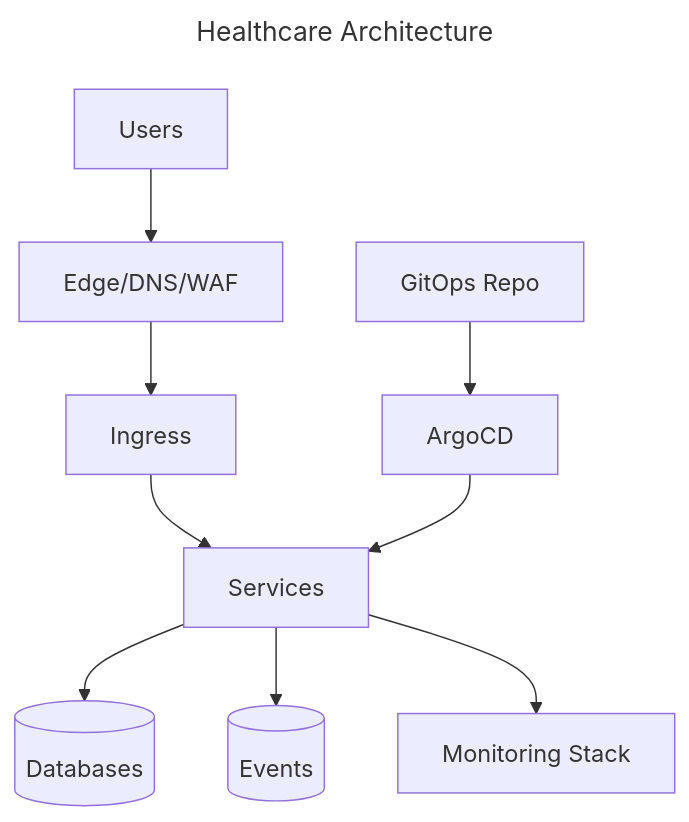
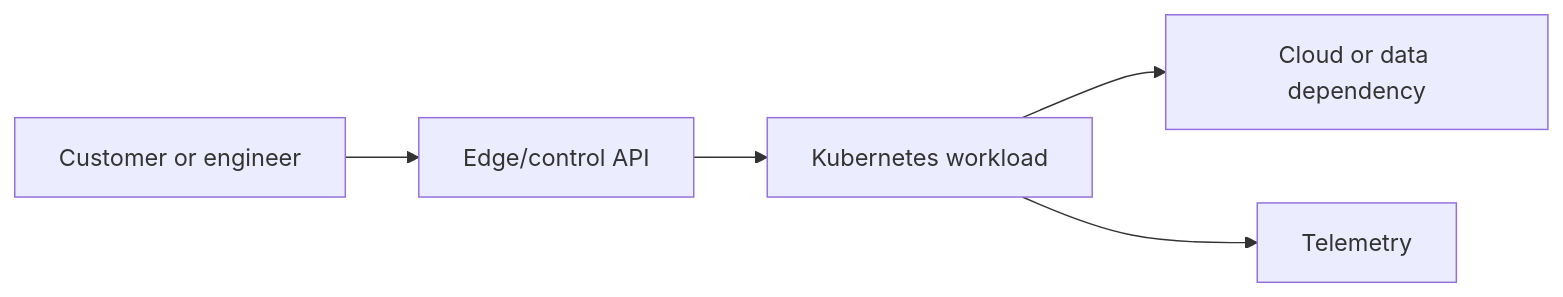
Before and after one commit to m1mohamad/devops-sre-prep: the second of 8 diagrams in docs/simulator/index.md, drawn with Mermaid. The commit also changed other lines of this file and 100 other files, not shown here.

````diff
--- a/docs/simulator/index.md
+++ b/docs/simulator/index.md
@@ -835,14 +97,7 @@
 ```mermaid
----
-title: Healthcare Architecture
----
-flowchart TB
-  Users-->Edge[Edge/DNS/WAF]
-  Edge-->Ingress
-  Ingress-->Services
-  Services-->Data[(Databases)]
-  Services-->Queue[(Events)]
-  Services-->Obs[Monitoring Stack]
-  Git[GitOps Repo]-->Argo[ArgoCD]
-  Argo-->Services
+flowchart LR
+  User2[Customer or engineer] --> Edge2[Edge/control API]
+  Edge2 --> Work2[Kubernetes workload]
+  Work2 --> Dep2[Cloud or data dependency]
+  Work2 --> Obs2[Telemetry]
 ```
````
